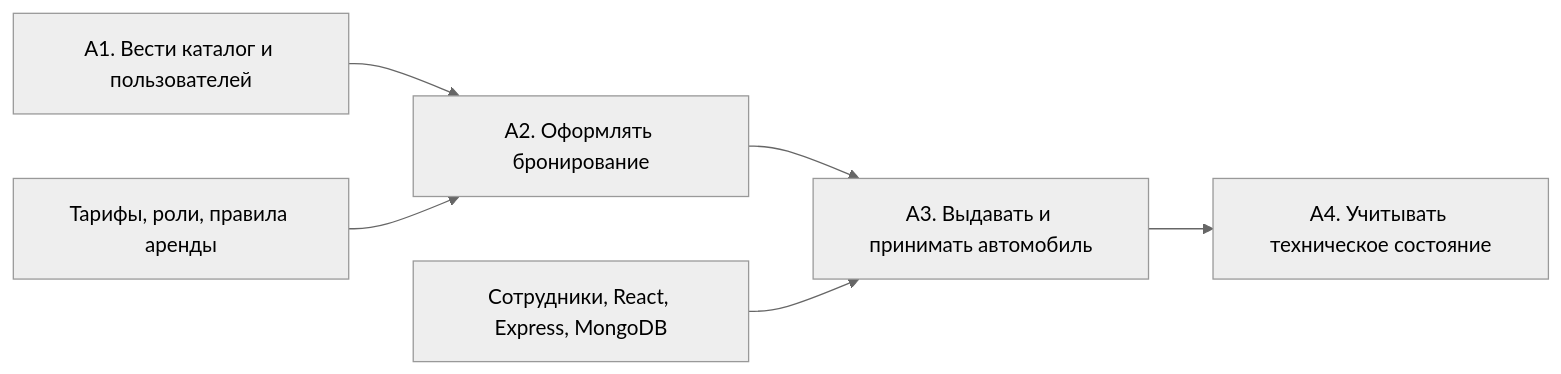
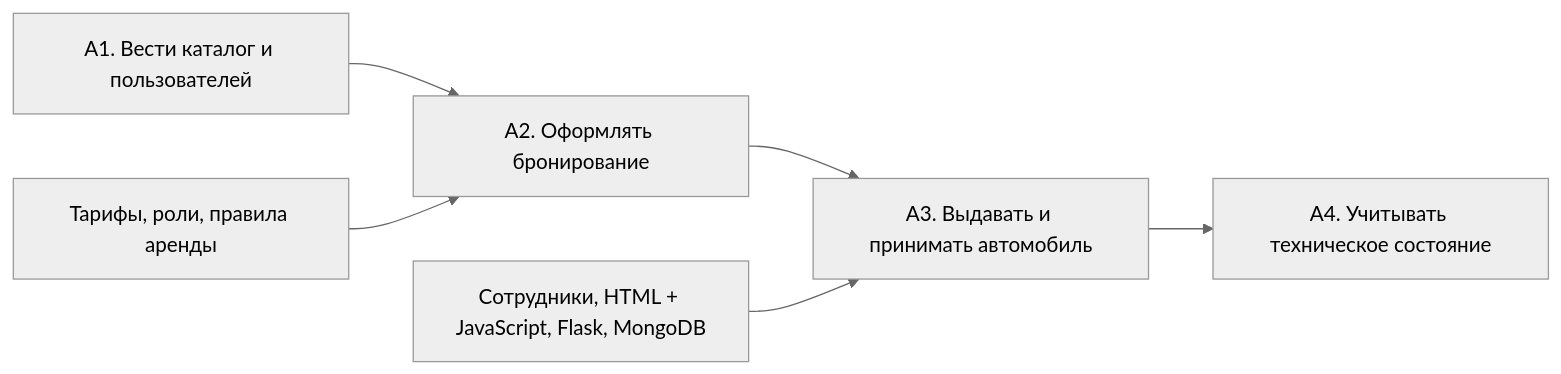
Before and after one commit to alexander2007B/cursovaya: the diagram in docs/mermaid/idef_a0.mmd, drawn with Mermaid (neutral theme). The commit also changed 368 other files, not shown here.

Commit message:
Replace Node and React stack with build-free Python Flask application

```diff
--- a/docs/mermaid/idef_a0.mmd
+++ b/docs/mermaid/idef_a0.mmd
@@ -1,4 +1,4 @@
 flowchart LR
 A1["A1. Вести каталог и пользователей"] --> A2["A2. Оформлять бронирование"] --> A3["A3. Выдавать и принимать автомобиль"] --> A4["A4. Учитывать техническое состояние"]
 C["Тарифы, роли, правила аренды"] --> A2
-M["Сотрудники, React, Express, MongoDB"] --> A3
+M["Сотрудники, HTML + JavaScript, Flask, MongoDB"] --> A3
```
